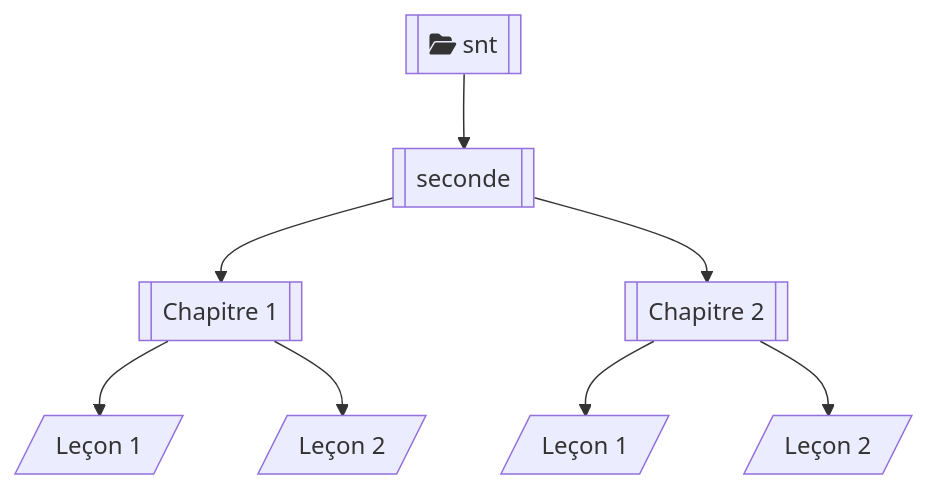
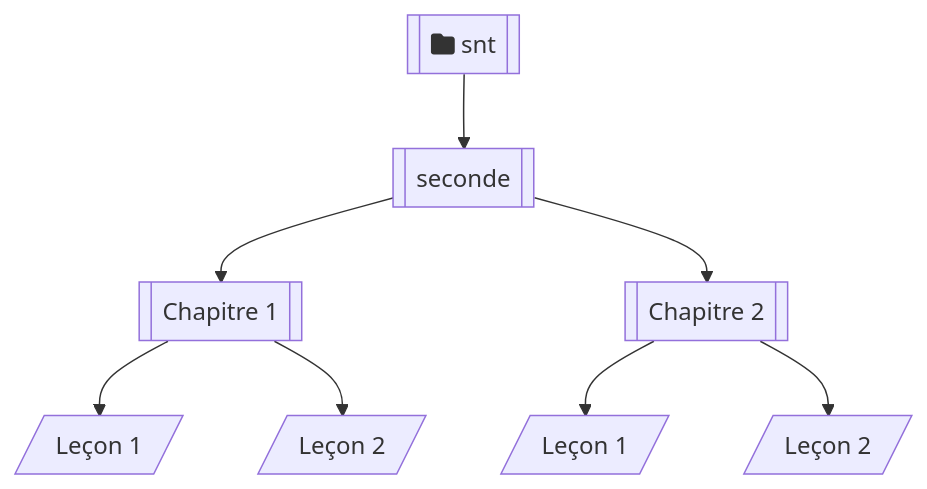
One commit to boddaert/snt changed the diagram in seconde/Introduction/Introduction.md. Above: the diagram before and after it, drawn with Mermaid.

````diff
--- a/seconde/Introduction/Introduction.md
+++ b/seconde/Introduction/Introduction.md
@@ -5,10 +5,10 @@
 ```mermaid
     flowchart TB;
-        A[["fa:fa-folder-open snt"]]-->B[[seconde]];
+        A[["fa:fa-folder snt"]]-->B[[seconde]];
         B[[seconde]]-->C[[Chapitre 1]];
         B[[seconde]]-->F[[Chapitre 2]];
         C[[Chapitre 1]]-->D[/Leçon 1/];
         C[[Chapitre 1]]-->E[/Leçon 2/];
         F[[Chapitre 2]]-->G[/Leçon 1/];
         F[[Chapitre 2]]-->H[/Leçon 2/];
 ```
````
